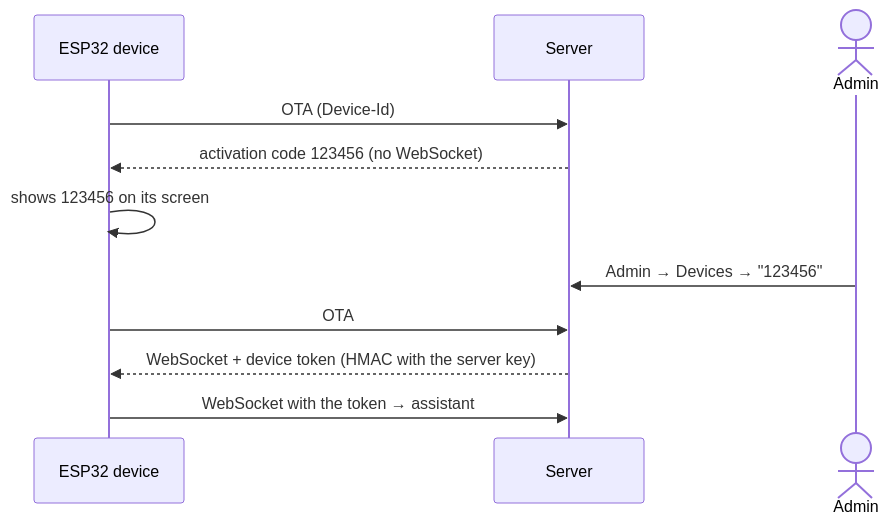
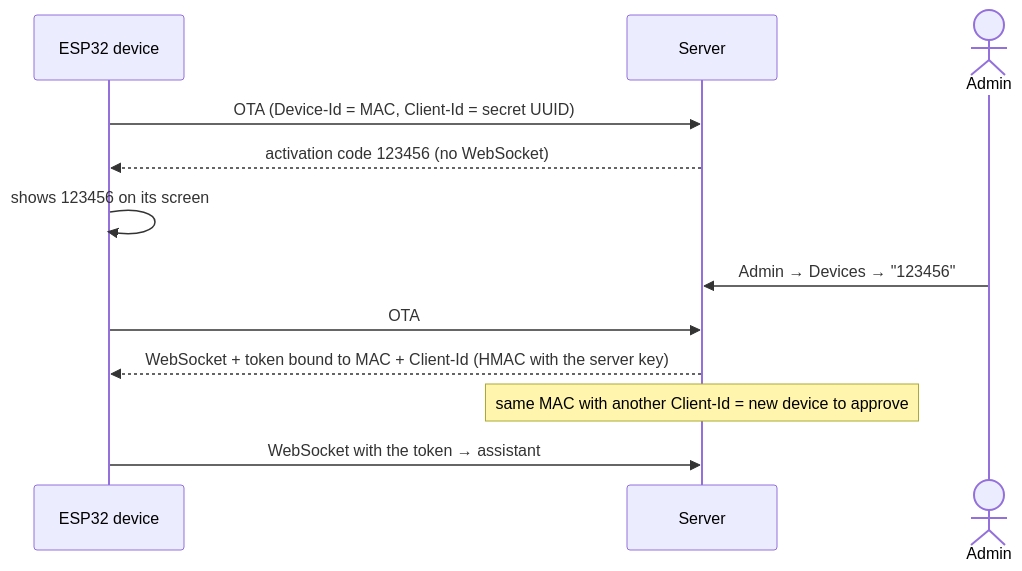
One commit to BitJacker/xiaozhi-local-server changed the seventh of 7 diagrams in docs/ARCHITECTURE.md. Above: the diagram before and after it, drawn with Mermaid. The commit also changed other lines of this file and 32 other files, not shown here.

````diff
--- a/docs/ARCHITECTURE.md
+++ b/docs/ARCHITECTURE.md
@@ -204,13 +208,14 @@
 ```mermaid
 sequenceDiagram
     participant E as ESP32 device
     participant S as Server
     actor A as Admin
-    E->>S: OTA (Device-Id)
+    E->>S: OTA (Device-Id = MAC, Client-Id = secret UUID)
     S-->>E: activation code 123456 (no WebSocket)
     E->>E: shows 123456 on its screen
     A->>S: Admin → Devices → "123456"
     E->>S: OTA
-    S-->>E: WebSocket + device token (HMAC with the server key)
+    S-->>E: WebSocket + token bound to MAC + Client-Id (HMAC with the server key)
+    Note over S: same MAC with another Client-Id = new device to approve
     E->>S: WebSocket with the token → assistant
 ```
````
